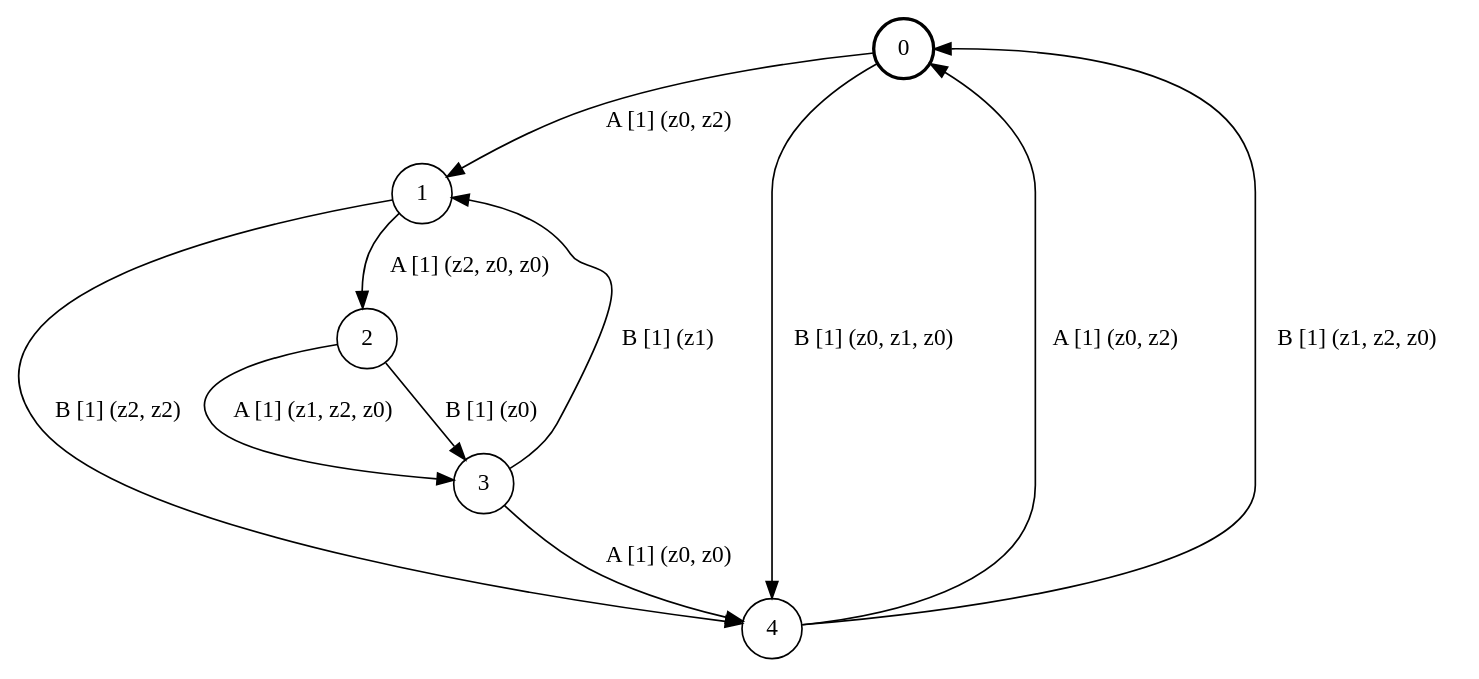
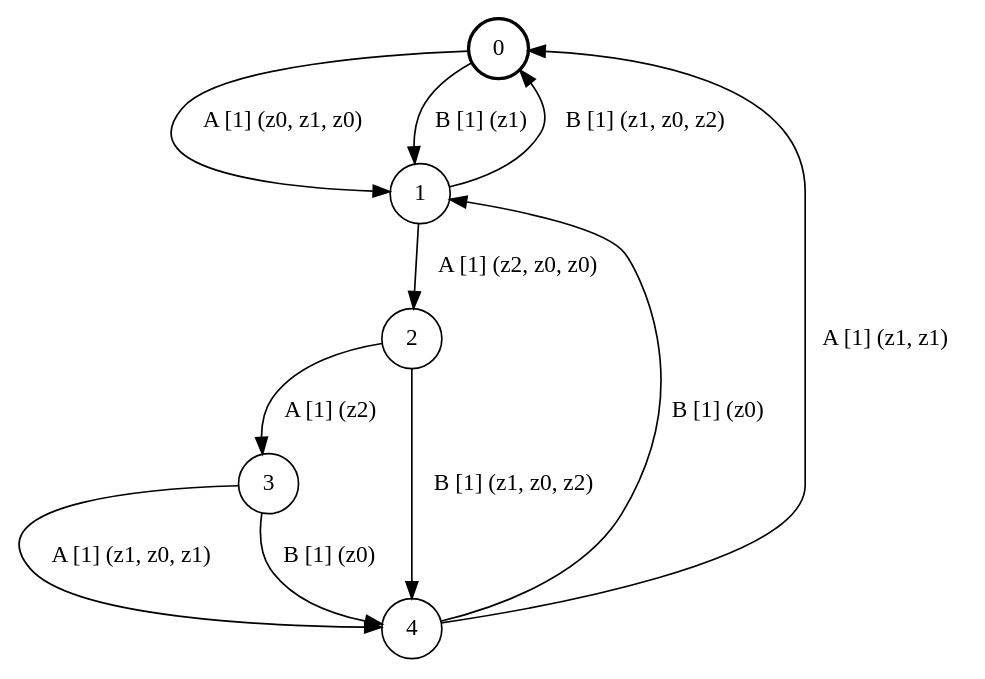
One commit to ulyantsev/EFSM-tools changed the diagram in qbf/testing/fsm_5s2e3a.dot. Above: the diagram before and after it, drawn with Graphviz. The commit also changed 5228 other files, not shown here.

```diff
--- a/qbf/testing/fsm_5s2e3a.dot
+++ b/qbf/testing/fsm_5s2e3a.dot
@@ -1,16 +1,16 @@
 # generated file, don't try to modify
 # command: dot -Tpng <filename> > tree.png
 digraph Automaton {
     node [shape = circle];
     0 [style = "bold"];
-    0 -> 1 [label = "A [1] (z0, z2) "];
-    0 -> 4 [label = "B [1] (z0, z1, z0) "];
+    0 -> 1 [label = "A [1] (z0, z1, z0) "];
+    0 -> 1 [label = "B [1] (z1) "];
     1 -> 2 [label = "A [1] (z2, z0, z0) "];
-    1 -> 4 [label = "B [1] (z2, z2) "];
-    2 -> 3 [label = "A [1] (z1, z2, z0) "];
-    2 -> 3 [label = "B [1] (z0) "];
-    3 -> 4 [label = "A [1] (z0, z0) "];
-    3 -> 1 [label = "B [1] (z1) "];
-    4 -> 0 [label = "A [1] (z0, z2) "];
-    4 -> 0 [label = "B [1] (z1, z2, z0) "];
+    1 -> 0 [label = "B [1] (z1, z0, z2) "];
+    2 -> 3 [label = "A [1] (z2) "];
+    2 -> 4 [label = "B [1] (z1, z0, z2) "];
+    3 -> 4 [label = "A [1] (z1, z0, z1) "];
+    3 -> 4 [label = "B [1] (z0) "];
+    4 -> 0 [label = "A [1] (z1, z1) "];
+    4 -> 1 [label = "B [1] (z0) "];
 }
```
